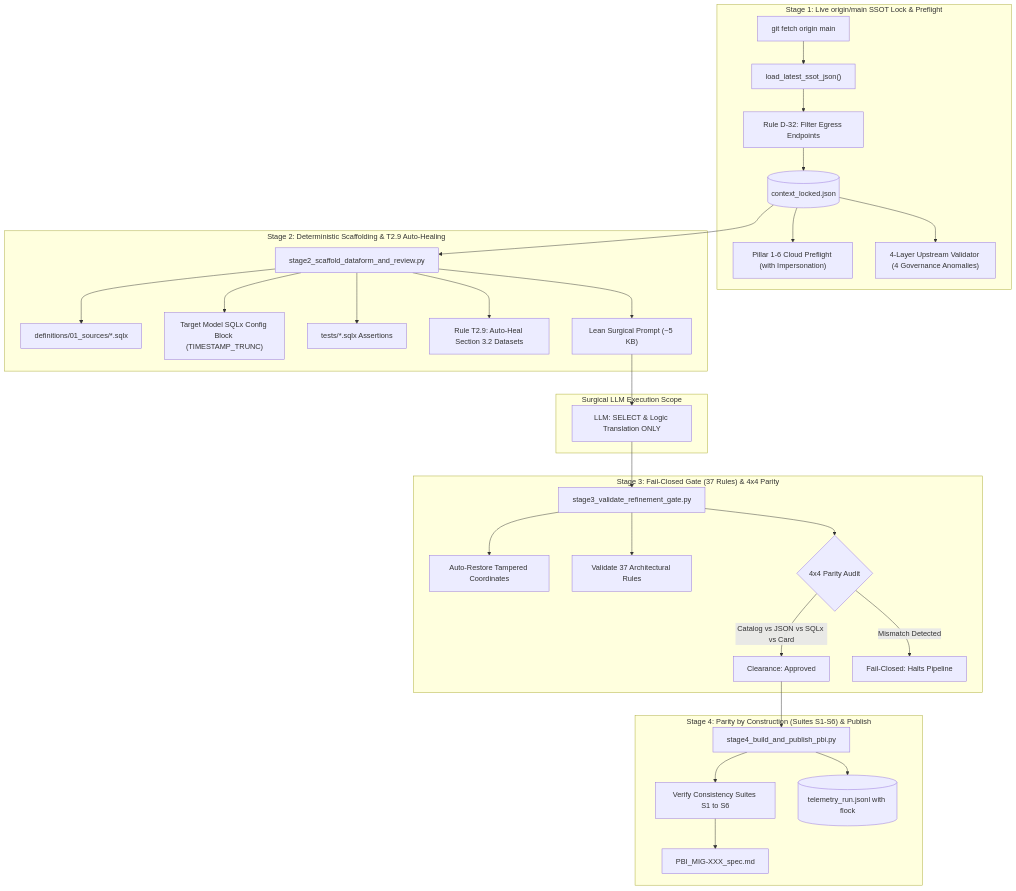
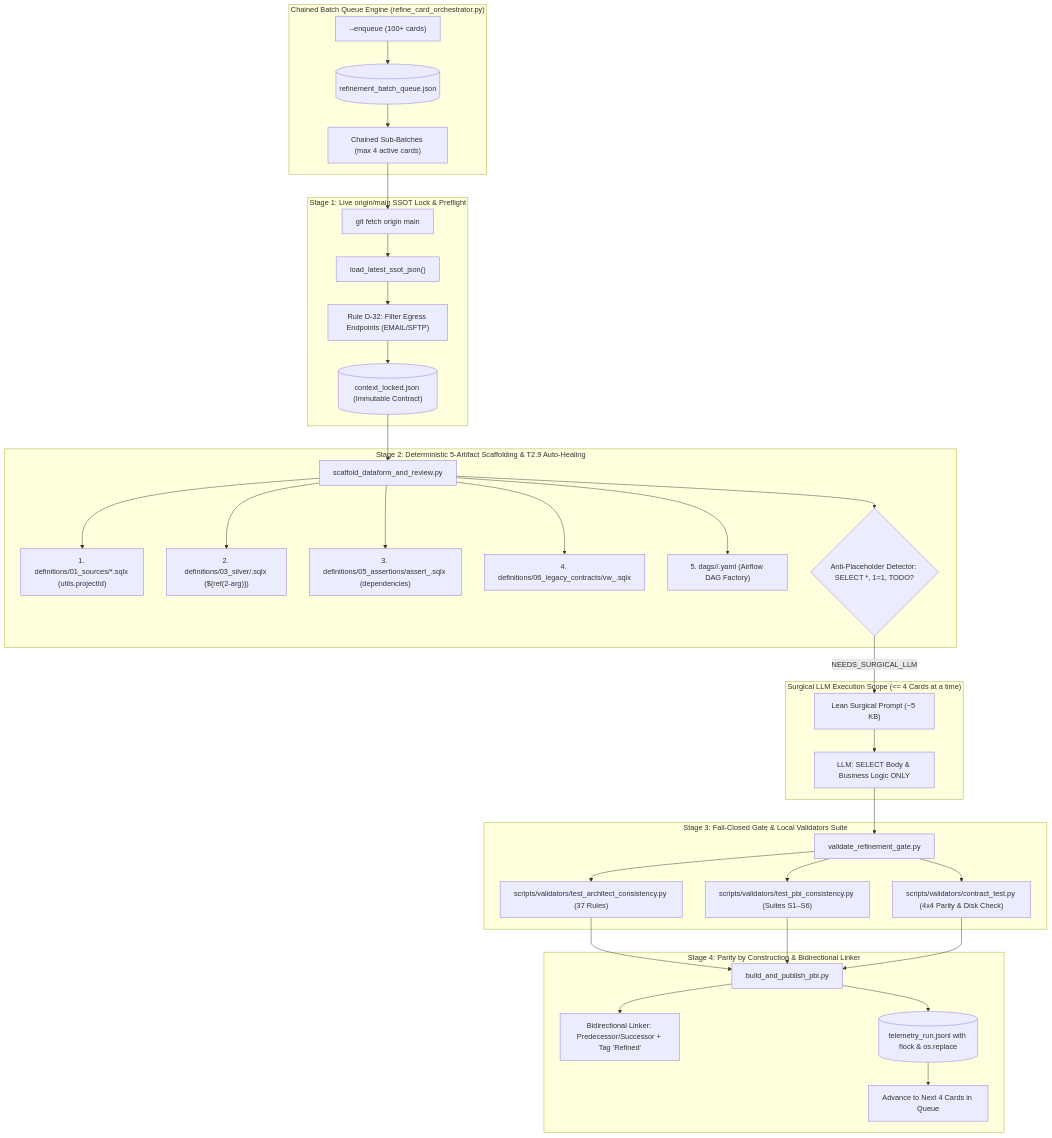
Before and after one commit to mvsimao/agent-skills: the diagram in skills/migration-spec-refiner/SKILL.md, drawn with Mermaid. The commit also changed other lines of this file and 28 other files, not shown here.

````diff
--- a/skills/migration-spec-refiner/SKILL.md
+++ b/skills/migration-spec-refiner/SKILL.md
@@ -13,39 +13,43 @@
 ```mermaid
 flowchart TD
-    subgraph Stage1["Stage 1: Live origin/main SSOT Lock & Preflight"]
-        FETCH["git fetch origin main"] --> SSOT["load_latest_ssot_json()"]
-        SSOT --> D32["Rule D-32: Filter Egress Endpoints"]
-        D32 --> CTX[("context_locked.json")]
-        CTX --> INFRA["Pillar 1-6 Cloud Preflight (with Impersonation)"]
-        CTX --> LIN["4-Layer Upstream Validator (4 Governance Anomalies)"]
+    subgraph Queue["Chained Batch Queue Engine (refine_card_orchestrator.py)"]
+        ENQ["--enqueue <ids...> (100+ cards)"] --> PERSIST[("refinement_batch_queue.json")]
+        PERSIST --> WIN["Chained Sub-Batches (max 4 active cards)"]
     end
 
-    subgraph Stage2["Stage 2: Deterministic Scaffolding & T2.9 Auto-Healing"]
-        CTX --> SCF["stage2_scaffold_dataform_and_review.py"]
-        SCF --> SRC["definitions/01_sources/*.sqlx"]
-        SCF --> CFG["Target Model SQLx Config Block (TIMESTAMP_TRUNC)"]
-        SCF --> TST["tests/*.sqlx Assertions"]
-        SCF --> T29["Rule T2.9: Auto-Heal Section 3.2 Datasets"]
-        SCF --> PRM["Lean Surgical Prompt (~5 KB)"]
+    subgraph Stage1["Stage 1: Live origin/main SSOT Lock & Preflight"]
+        WIN --> FETCH["git fetch origin main"]
+        FETCH --> SSOT["load_latest_ssot_json()"]
+        SSOT --> D32["Rule D-32: Filter Egress Endpoints (EMAIL/SFTP)"]
+        D32 --> CTX[("context_locked.json (Immutable Contract)")]
     end
 
-    subgraph LLM_Scope["Surgical LLM Execution Scope"]
-        PRM --> LLM["LLM: SELECT & Logic Translation ONLY"]
+    subgraph Stage2["Stage 2: Deterministic 5-Artifact Scaffolding & T2.9 Auto-Healing"]
+        CTX --> SCF["scaffold_dataform_and_review.py"]
+        SCF --> A1["1. definitions/01_sources/*.sqlx (utils.projectId)"]
+        SCF --> A2["2. definitions/03_silver/<table>.sqlx (${ref(2-arg)})"]
+        SCF --> A3["3. definitions/05_assertions/assert_<table>.sqlx (dependencies)"]
+        SCF --> A4["4. definitions/06_legacy_contracts/vw_<table>.sqlx"]
+        SCF --> A5["5. dags/<region>/<dag_id>.yaml (Airflow DAG Factory)"]
+        SCF --> DETECT{"Anti-Placeholder Detector: SELECT *, 1=1, TODO?"}
     end
 
-    subgraph Stage3["Stage 3: Fail-Closed Gate (37 Rules) & 4x4 Parity"]
-        LLM --> GT["stage3_validate_refinement_gate.py"]
-        GT --> RESTORE["Auto-Restore Tampered Coordinates"]
-        GT --> R37["Validate 37 Architectural Rules"]
-        GT --> P4X4{"4x4 Parity Audit"}
-        P4X4 -->|Catalog vs JSON vs SQLx vs Card| PASS_GATE["Clearance: Approved"]
-        P4X4 -->|Mismatch Detected| BLOCK_GATE["Fail-Closed: Halts Pipeline"]
+    subgraph LLM_Scope["Surgical LLM Execution Scope (<= 4 Cards at a time)"]
+        DETECT -->|NEEDS_SURGICAL_LLM| PRM["Lean Surgical Prompt (~5 KB)"]
+        PRM --> LLM["LLM: SELECT Body & Business Logic ONLY"]
     end
 
-    subgraph Stage4["Stage 4: Parity by Construction (Suites S1-S6) & Publish"]
-        PASS_GATE --> PUB["stage4_build_and_publish_pbi.py"]
-        PUB --> S1S6["Verify Consistency Suites S1 to S6"]
-        S1S6 --> PBI["PBI_MIG-XXX_spec.md"]
-        PUB --> TLM[("telemetry_run.jsonl with flock")]
+    subgraph Stage3["Stage 3: Fail-Closed Gate & Local Validators Suite"]
+        LLM --> GT["validate_refinement_gate.py"]
+        GT --> VAL1["scripts/validators/test_architect_consistency.py (37 Rules)"]
+        GT --> VAL2["scripts/validators/test_pbi_consistency.py (Suites S1–S6)"]
+        GT --> VAL3["scripts/validators/contract_test.py (4x4 Parity & Disk Check)"]
+    end
+
+    subgraph Stage4["Stage 4: Parity by Construction & Bidirectional Linker"]
+        VAL1 & VAL2 & VAL3 --> PUB["build_and_publish_pbi.py"]
+        PUB --> ADO["Bidirectional Linker: Predecessor/Successor + Tag 'Refined'"]
+        PUB --> TLM[("telemetry_run.jsonl with flock & os.replace")]
+        TLM --> ADVANCE["Advance to Next 4 Cards in Queue"]
     end
 ```
````
